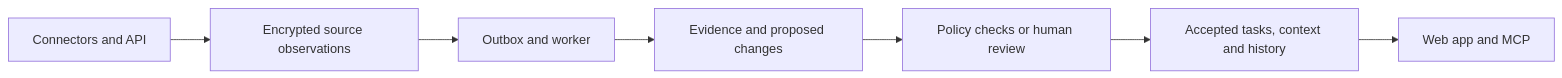
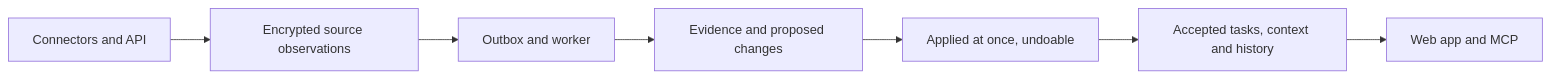
Before and after one commit to sk1122/panini: the diagram in README.md, drawn with Mermaid. The commit also changed other lines of this file and 121 other files, not shown here.

````diff
--- a/README.md
+++ b/README.md
@@ -22,9 +44,9 @@
 ```mermaid
 flowchart LR
     A[Connectors and API] --> B[Encrypted source observations]
     B --> C[Outbox and worker]
     C --> D[Evidence and proposed changes]
-    D --> E[Policy checks or human review]
+    D --> E[Applied at once, undoable]
     E --> F[Accepted tasks, context and history]
     F --> G[Web app and MCP]
 ```
````
